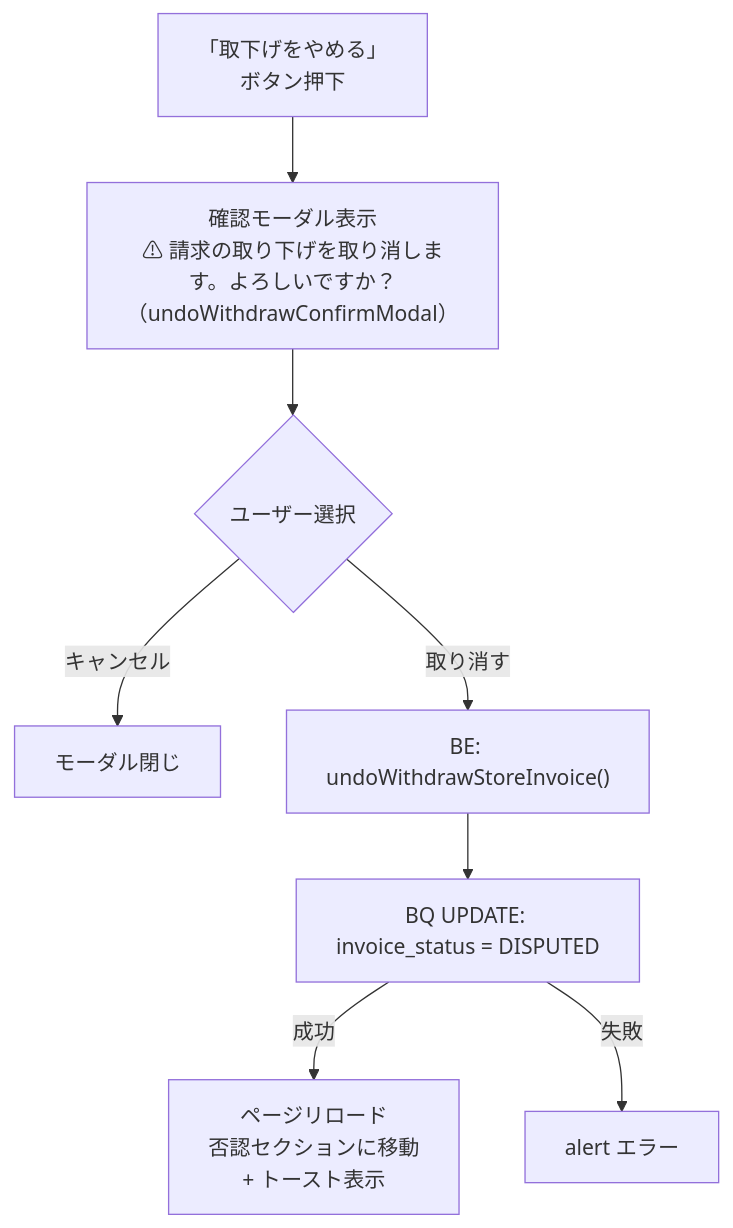
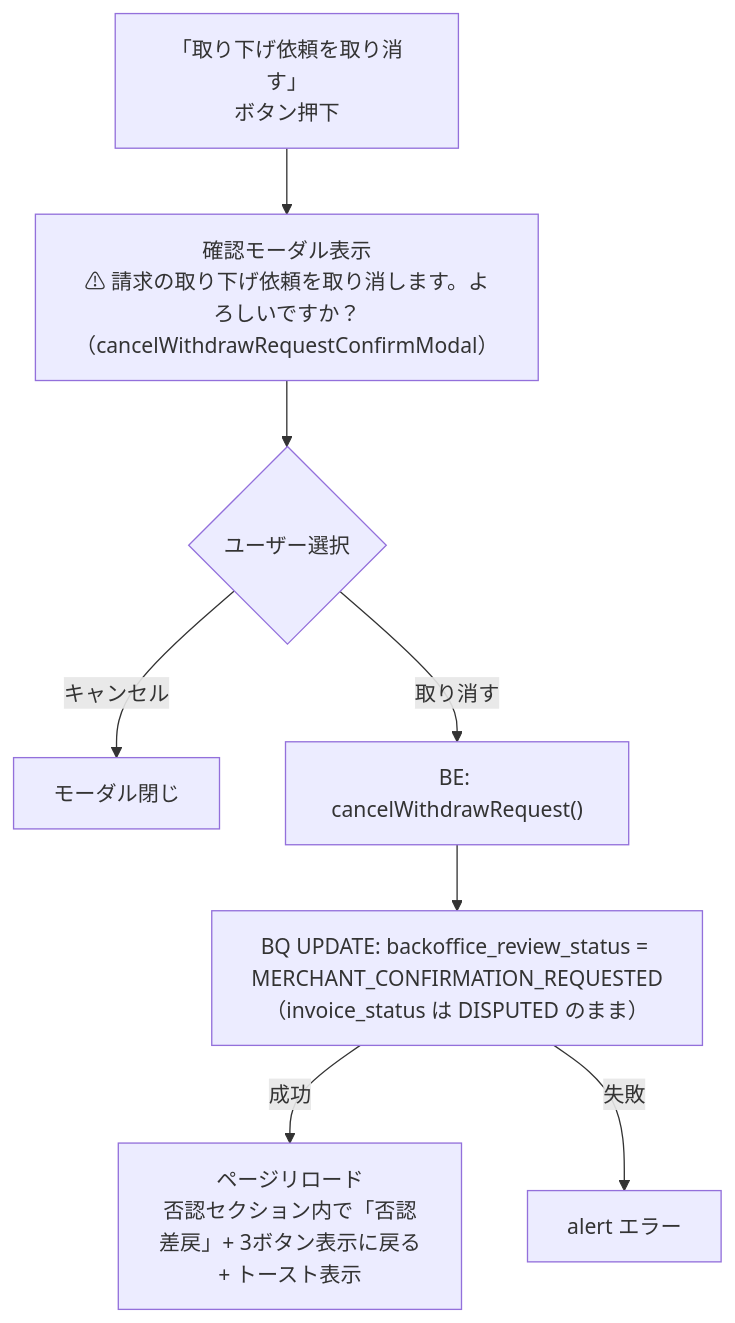
One commit to USEN-PAY-Products/connect-wholesale-gas-poc changed diagram 13 of 17 in docs/specifications/04_detail_page.md. Above: the diagram before and after it, drawn with Mermaid. The commit also changed other lines of this file and 11 other files, not shown here.

````diff
--- a/docs/specifications/04_detail_page.md
+++ b/docs/specifications/04_detail_page.md
@@ -364,10 +373,10 @@
 ```mermaid
 flowchart TD
-    START["「取下げをやめる」\nボタン押下"] --> DIALOG["確認モーダル表示\n⚠ 請求の取り下げを取り消します。よろしいですか？\n（undoWithdrawConfirmModal）"]
+    START["「取り下げ依頼を取り消す」\nボタン押下"] --> DIALOG["確認モーダル表示\n⚠ 請求の取り下げ依頼を取り消します。よろしいですか？\n（cancelWithdrawRequestConfirmModal）"]
     DIALOG --> CANCEL{"ユーザー選択"}
     CANCEL -->|キャンセル| CLOSE["モーダル閉じ"]
-    CANCEL -->|取り消す| BE["BE: undoWithdrawStoreInvoice()"]
-    BE --> BQ["BQ UPDATE: invoice_status = DISPUTED"]
-    BQ -->|成功| RELOAD["ページリロード\n否認セクションに移動\n+ トースト表示"]
+    CANCEL -->|取り消す| BE["BE: cancelWithdrawRequest()"]
+    BE --> BQ["BQ UPDATE: backoffice_review_status = MERCHANT_CONFIRMATION_REQUESTED\n（invoice_status は DISPUTED のまま）"]
+    BQ -->|成功| RELOAD["ページリロード\n否認セクション内で「否認差戻」+ 3ボタン表示に戻る\n+ トースト表示"]
     BQ -->|失敗| FAIL["alert エラー"]
 ```
````
